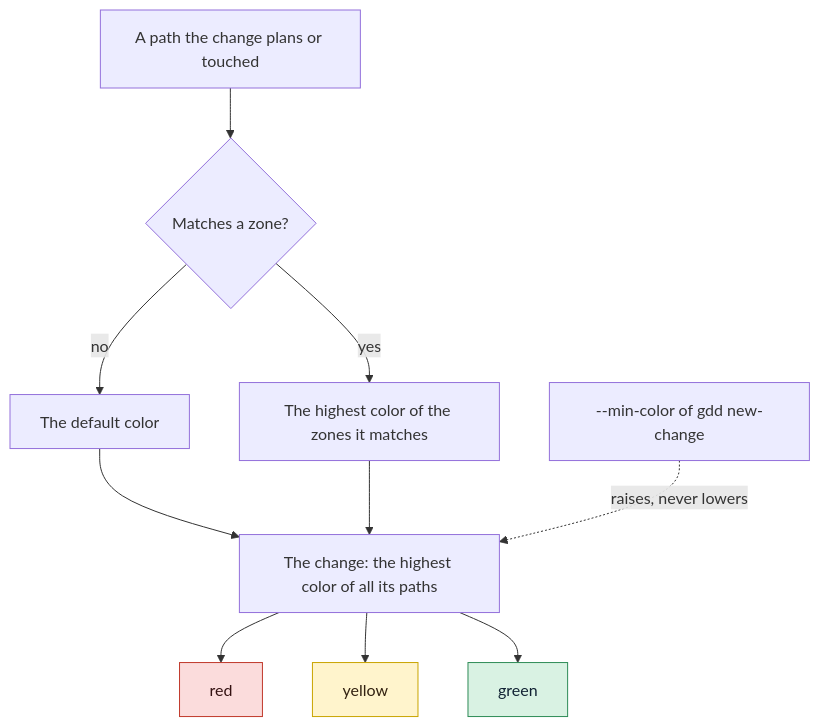
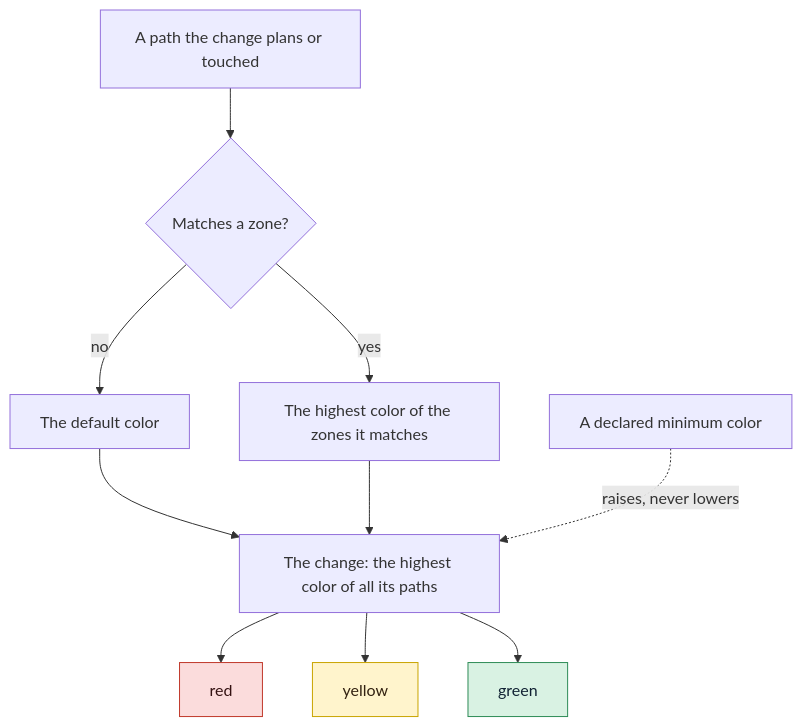
The diagram in docs/how-to/red-zones.md (MarsGotta/gdd), drawn with Mermaid before and after one commit. The commit also changed other lines of this file and 210 other files, not shown here.

````diff
--- a/docs/how-to/red-zones.md
+++ b/docs/how-to/red-zones.md
@@ -24,15 +24,15 @@
 ```mermaid
 flowchart TD
     P[A path the change plans or touched] --> M{Matches a zone?}
     M -- no --> D[The default color]
     M -- yes --> H[The highest color of the zones it matches]
     D --> C[The change: the highest color of all its paths]
     H --> C
-    MC["--min-color of gdd new-change"] -. raises, never lowers .-> C
+    MC[A declared minimum color] -. raises, never lowers .-> C
     C --> R[red]:::red
     C --> Y[yellow]:::yellow
     C --> G[green]:::green
     classDef green fill:#d9f2e3,stroke:#2e8b57,color:#123
     classDef yellow fill:#fff4cc,stroke:#c9a400,color:#321
     classDef red fill:#fbdcdc,stroke:#c0392b,color:#311
 ```
````
